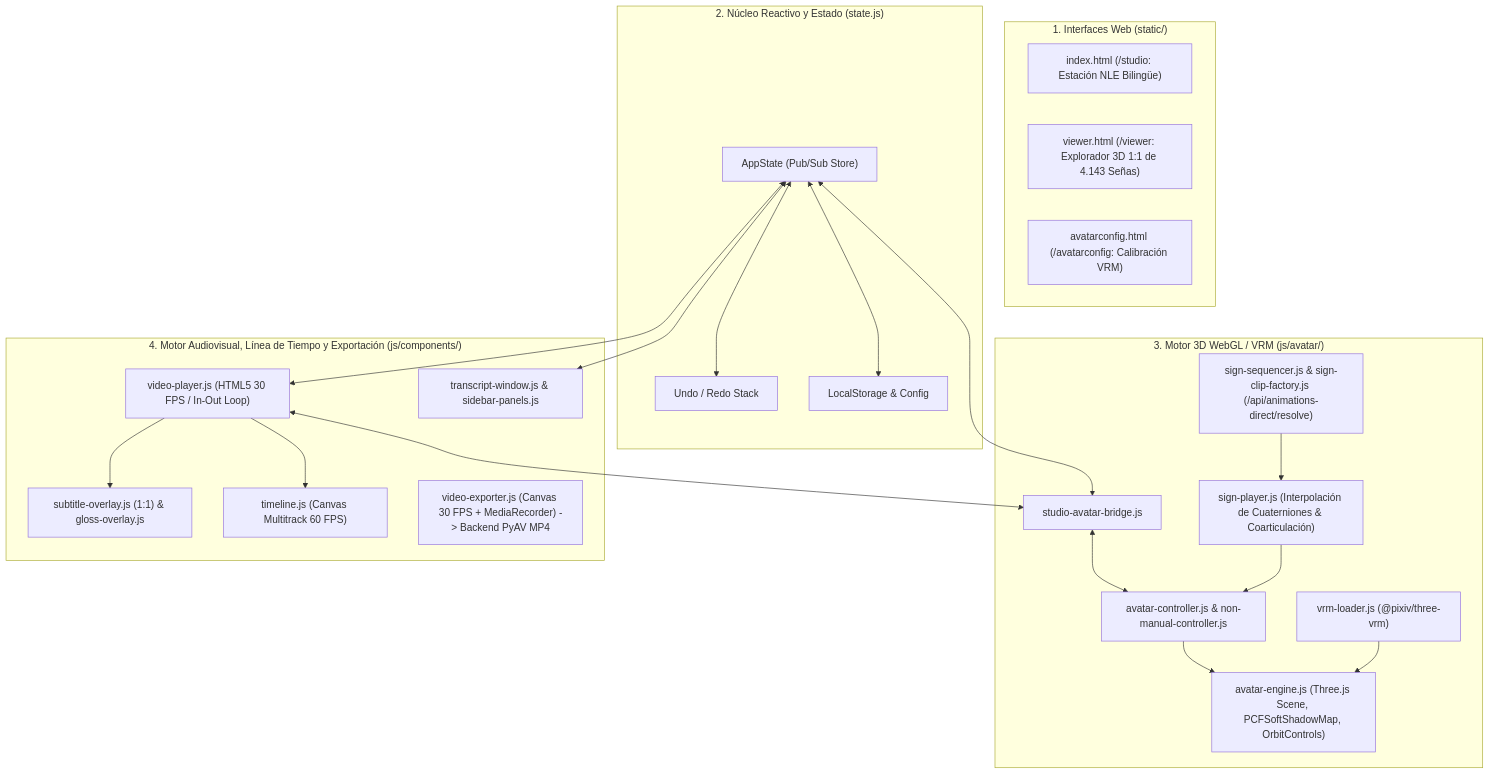
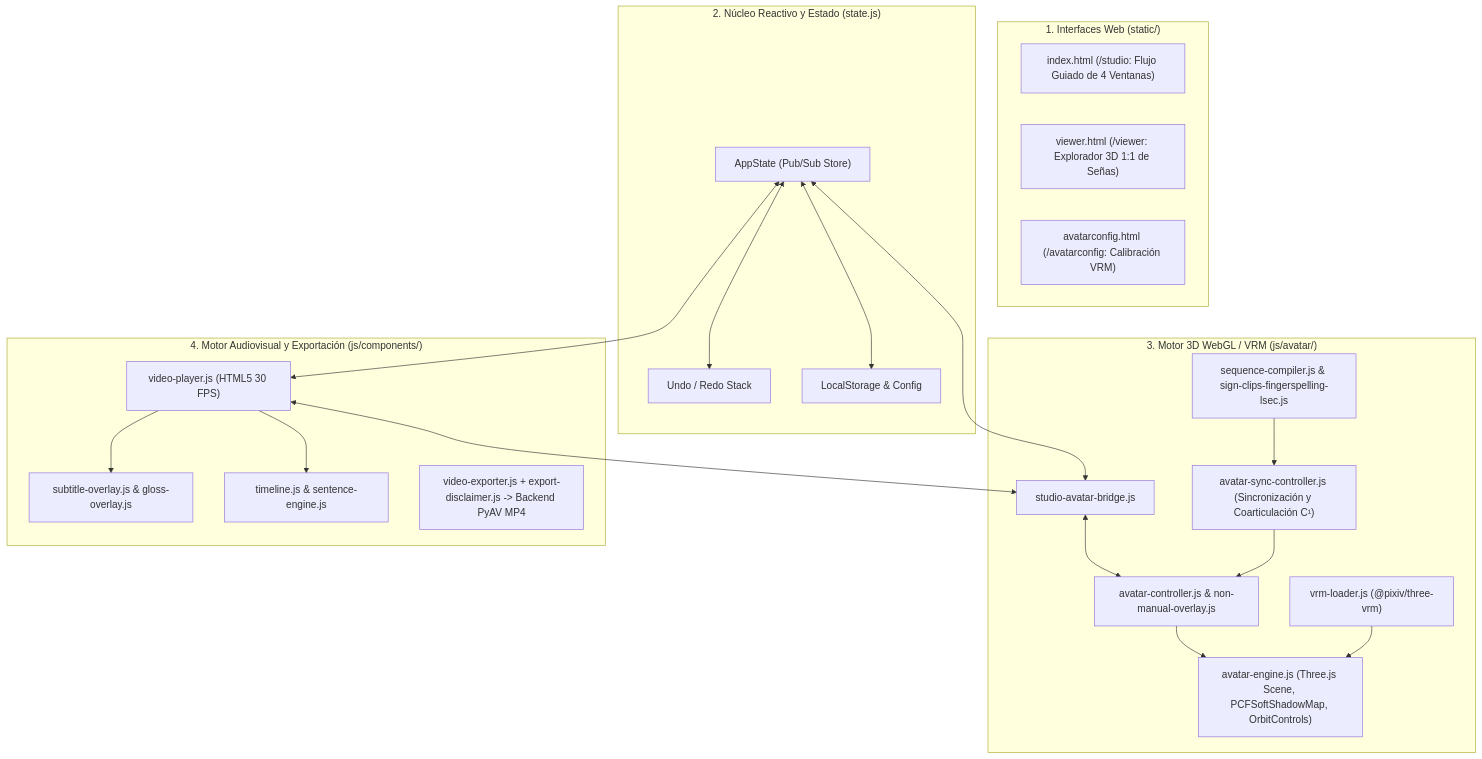
One commit to BrandonVol3/lsec-translator changed the second of 2 diagrams in docs/DOCUMENTACION_SISTEMA_BACKEND_FRONTEND.md. Above: the diagram before and after it, drawn with Mermaid. The commit also changed other lines of this file and 121 other files, not shown here.

````diff
--- a/docs/DOCUMENTACION_SISTEMA_BACKEND_FRONTEND.md
+++ b/docs/DOCUMENTACION_SISTEMA_BACKEND_FRONTEND.md
@@ -176,39 +136,37 @@
 ```mermaid
 graph TD
     subgraph UI_SHELL["1. Interfaces Web (static/)"]
-        StudioHTML["index.html (/studio: Estación NLE Bilingüe)"]
-        ViewerHTML["viewer.html (/viewer: Explorador 3D 1:1 de 4.143 Señas)"]
+        StudioHTML["index.html (/studio: Flujo Guiado de 4 Ventanas)"]
+        ViewerHTML["viewer.html (/viewer: Explorador 3D 1:1 de Señas)"]
         ConfigHTML["avatarconfig.html (/avatarconfig: Calibración VRM)"]
     end
 
     subgraph REACTIVE_CORE["2. Núcleo Reactivo y Estado (state.js)"]
         AppState["AppState (Pub/Sub Store)"]
         History["Undo / Redo Stack"]
         Preferences["LocalStorage & Config"]
         AppState <--> History
         AppState <--> Preferences
     end
 
     subgraph AVATAR_3D_ENGINE["3. Motor 3D WebGL / VRM (js/avatar/)"]
         VRMLoader["vrm-loader.js (@pixiv/three-vrm)"] --> AvatarEngine["avatar-engine.js (Three.js Scene, PCFSoftShadowMap, OrbitControls)"]
-        SignSequencer["sign-sequencer.js & sign-clip-factory.js (/api/animations-direct/resolve)"] --> SignPlayer["sign-player.js (Interpolación de Cuaterniones & Coarticulación)"]
-        SignPlayer --> AvatarController["avatar-controller.js & non-manual-controller.js"]
+        SequenceCompiler["sequence-compiler.js & sign-clips-fingerspelling-lsec.js"] --> AvatarSync["avatar-sync-controller.js (Sincronización y Coarticulación C¹)"]
+        AvatarSync --> AvatarController["avatar-controller.js & non-manual-overlay.js"]
         AvatarController --> AvatarEngine
         StudioBridge["studio-avatar-bridge.js"] <--> AvatarController
     end
 
-    subgraph AUDIOVISUAL_WORKBENCH["4. Motor Audiovisual, Línea de Tiempo y Exportación (js/components/)"]
-        VideoPlayer["video-player.js (HTML5 30 FPS / In-Out Loop)"]
-        Overlays["subtitle-overlay.js (1:1) & gloss-overlay.js"]
-        Timeline["timeline.js (Canvas Multitrack 60 FPS)"]
-        Workbench["transcript-window.js & sidebar-panels.js"]
-        VideoExporter["video-exporter.js (Canvas 30 FPS + MediaRecorder) -> Backend PyAV MP4"]
+    subgraph AUDIOVISUAL_WORKBENCH["4. Motor Audiovisual y Exportación (js/components/)"]
+        VideoPlayer["video-player.js (HTML5 30 FPS)"]
+        Overlays["subtitle-overlay.js & gloss-overlay.js"]
+        Timeline["timeline.js & sentence-engine.js"]
+        VideoExporter["video-exporter.js + export-disclaimer.js -> Backend PyAV MP4"]
         VideoPlayer --> Overlays
         VideoPlayer --> Timeline
         VideoPlayer <--> StudioBridge
     end
 
     AppState <--> VideoPlayer
-    AppState <--> Workbench
     AppState <--> StudioBridge
 ```
````
